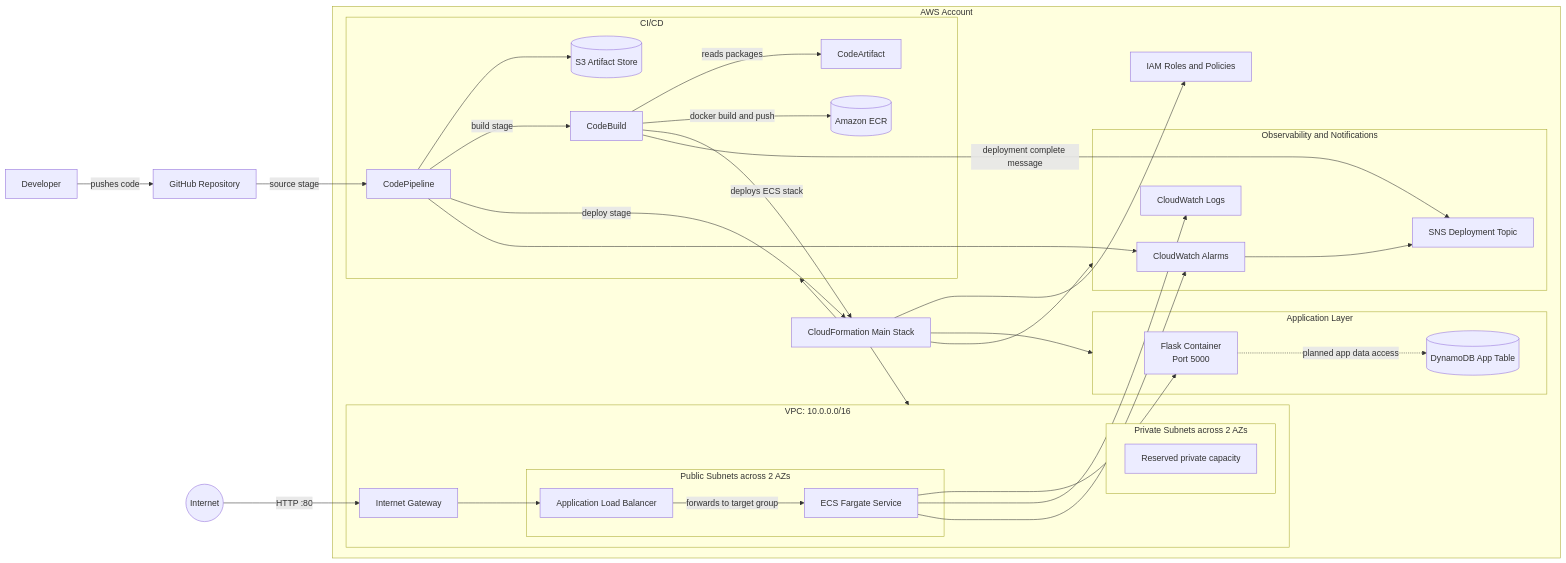
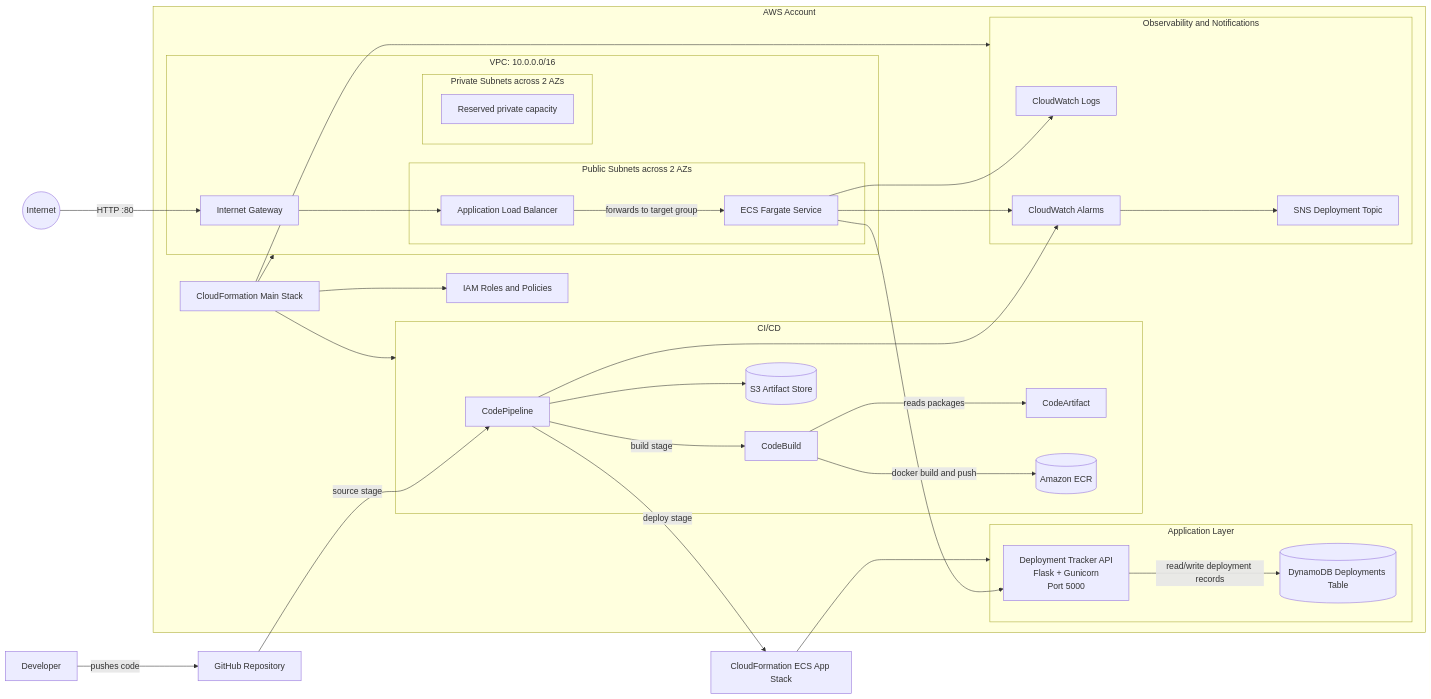
Before and after one commit to dhamsey3/pipelineforge-aws-devops-platform: the diagram in pipelineforge/README.md, drawn with Mermaid. The commit also changed other lines of this file and 13 other files, not shown here.

Commit message:
Harden deployment tracker platform

````diff
--- a/pipelineforge/README.md
+++ b/pipelineforge/README.md
@@ -15,65 +44,63 @@
 ```mermaid
 flowchart LR
   Developer[Developer] -->|pushes code| GitHub[GitHub Repository]
 
   subgraph AWS[AWS Account]
     MainStack[CloudFormation Main Stack]
 
     subgraph CICD[CI/CD]
       Pipeline[CodePipeline]
       Build[CodeBuild]
       Artifacts[(S3 Artifact Store)]
       Packages[CodeArtifact]
       Images[(Amazon ECR)]
     end
 
     subgraph Network[VPC: 10.0.0.0/16]
       IGW[Internet Gateway]
       subgraph PublicSubnets[Public Subnets across 2 AZs]
         ALB[Application Load Balancer]
         ECS[ECS Fargate Service]
       end
       subgraph PrivateSubnets[Private Subnets across 2 AZs]
         PrivateCapacity[Reserved private capacity]
       end
     end
 
     subgraph AppLayer[Application Layer]
-      Task[Flask Container<br/>Port 5000]
-      DynamoDB[(DynamoDB App Table)]
+      Task[Deployment Tracker API<br/>Flask + Gunicorn<br/>Port 5000]
+      DynamoDB[(DynamoDB Deployments Table)]
     end
 
     subgraph Observability[Observability and Notifications]
       Logs[CloudWatch Logs]
       Alarms[CloudWatch Alarms]
       SNS[SNS Deployment Topic]
     end
 
     IAM[IAM Roles and Policies]
   end
 
   GitHub -->|source stage| Pipeline
   Pipeline --> Artifacts
   Pipeline -->|build stage| Build
   Build -->|reads packages| Packages
   Build -->|docker build and push| Images
-  Build -->|deploys ECS stack| MainStack
-  Pipeline -->|deploy stage| MainStack
+  Pipeline -->|deploy stage| AppStack[CloudFormation ECS App Stack]
 
   MainStack --> IAM
   MainStack --> Network
   MainStack --> CICD
-  MainStack --> AppLayer
+  AppStack --> AppLayer
   MainStack --> Observability
 
   Internet((Internet)) -->|HTTP :80| IGW
   IGW --> ALB
   ALB -->|forwards to target group| ECS
   ECS --> Task
-  Task -. planned app data access .-> DynamoDB
+  Task -->|read/write deployment records| DynamoDB
   ECS --> Logs
   Pipeline --> Alarms
   ECS --> Alarms
   Alarms --> SNS
-  Build -->|deployment complete message| SNS
 ```
````
